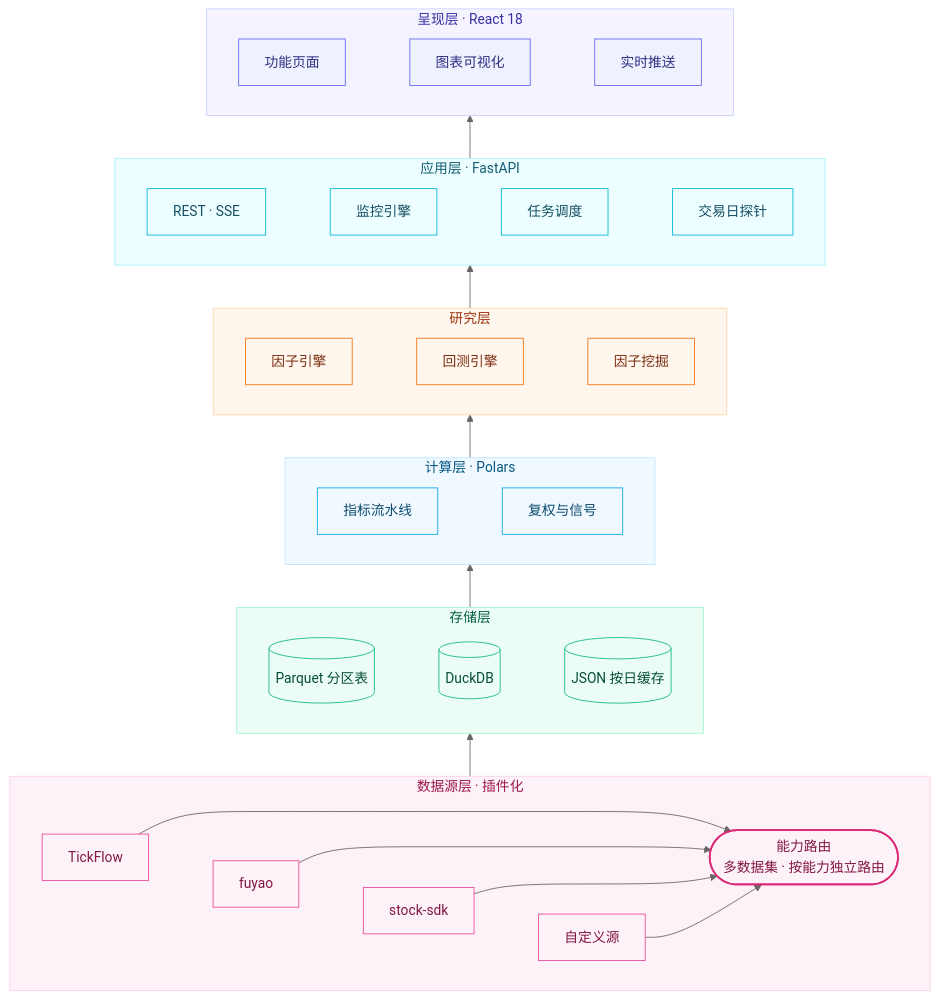
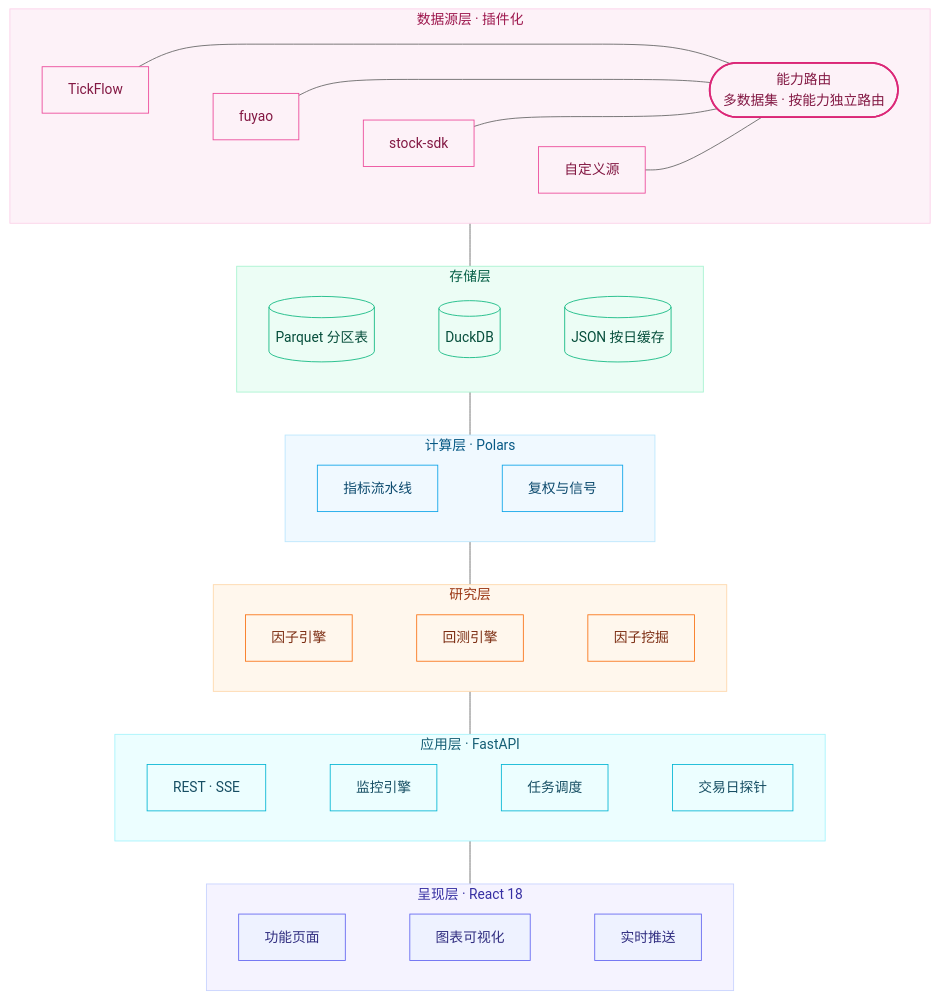
The diagram in README.md (kevin9327/tick-stock-panel), drawn with Mermaid (neutral theme) before and after one commit.

Commit message:
docs(readme): 架构图改普通连线并反转为数据自上而下
- 层间与源→路由全部改开放连线(---), 分层堆栈是叠加关系非方向流
- 顺序反转为 数据源(顶)→存储→计算→研究→应用→呈现(底),
  自上而下按数据加工链路阅读
- 浏览器实测: 22 条连线 0 箭头引用, 六层序 TickFlow(90)→Parquet(342)
  →指标(516)→因子(671)→REST(827)→页面(982)

````diff
--- a/README.md
+++ b/README.md
@@ -148,68 +148,68 @@
 ```mermaid
-flowchart BT
+flowchart TB
     subgraph DATA["数据源层 · 插件化"]
         direction LR
-        D1["TickFlow"] --> R(["能力路由<br/>多数据集 · 按能力独立路由"])
-        D2["fuyao"] --> R
-        D3["stock-sdk"] --> R
-        D4["自定义源"] --> R
+        D1["TickFlow"] --- R(["能力路由<br/>多数据集 · 按能力独立路由"])
+        D2["fuyao"] --- R
+        D3["stock-sdk"] --- R
+        D4["自定义源"] --- R
         D1 ~~~ D2 ~~~ D3 ~~~ D4
     end
 
     subgraph STORE["存储层"]
         direction LR
         ST1[("Parquet 分区表")]
         ST2[("DuckDB")]
         ST3[("JSON 按日缓存")]
         ST1 ~~~ ST2 ~~~ ST3
     end
 
     subgraph CALC["计算层 · Polars"]
         direction LR
         C1["指标流水线"] ~~~ C2["复权与信号"]
     end
 
     subgraph RES["研究层"]
         direction LR
         G1["因子引擎"] ~~~ G2["回测引擎"] ~~~ G3["因子挖掘"]
     end
 
     subgraph SVC["应用层 · FastAPI"]
         direction LR
         S1["REST · SSE"] ~~~ S2["监控引擎"] ~~~ S3["任务调度"] ~~~ S4["交易日探针"]
     end
 
     subgraph FE["呈现层 · React 18"]
         direction LR
         F1["功能页面"] ~~~ F2["图表可视化"] ~~~ F3["实时推送"]
     end
 
-    DATA --> STORE
-    STORE --> CALC
-    CALC --> RES
-    RES --> SVC
-    SVC --> FE
+    DATA --- STORE
+    STORE --- CALC
+    CALC --- RES
+    RES --- SVC
+    SVC --- FE
 
     classDef fe fill:#eef2ff,stroke:#6366f1,color:#312e81
     classDef svc fill:#ecfeff,stroke:#06b6d4,color:#164e63
     classDef res fill:#fff7ed,stroke:#f97316,color:#7c2d12
     classDef calc fill:#f0f9ff,stroke:#0ea5e9,color:#0c4a6e
     classDef store fill:#ecfdf5,stroke:#10b981,color:#064e3b
     classDef data fill:#fdf2f8,stroke:#ec4899,color:#831843
     classDef route fill:#fdf2f8,stroke:#db2777,color:#831843,stroke-width:2px
 
     class F1,F2,F3 fe
     class S1,S2,S3,S4 svc
     class G1,G2,G3 res
     class C1,C2 calc
     class ST1,ST2,ST3 store
     class D1,D2,D3,D4 data
     class R route
 
     style FE fill:#f5f3ff,stroke:#c7d2fe,color:#3730a3
     style SVC fill:#ecfeff,stroke:#a5f3fc,color:#155e75
     style RES fill:#fff7ed,stroke:#fed7aa,color:#9a3412
     style CALC fill:#f0f9ff,stroke:#bae6fd,color:#075985
     style STORE fill:#ecfdf5,stroke:#a7f3d0,color:#065f46
     style DATA fill:#fdf2f8,stroke:#fbcfe8,color:#9d174d
 ```
````
